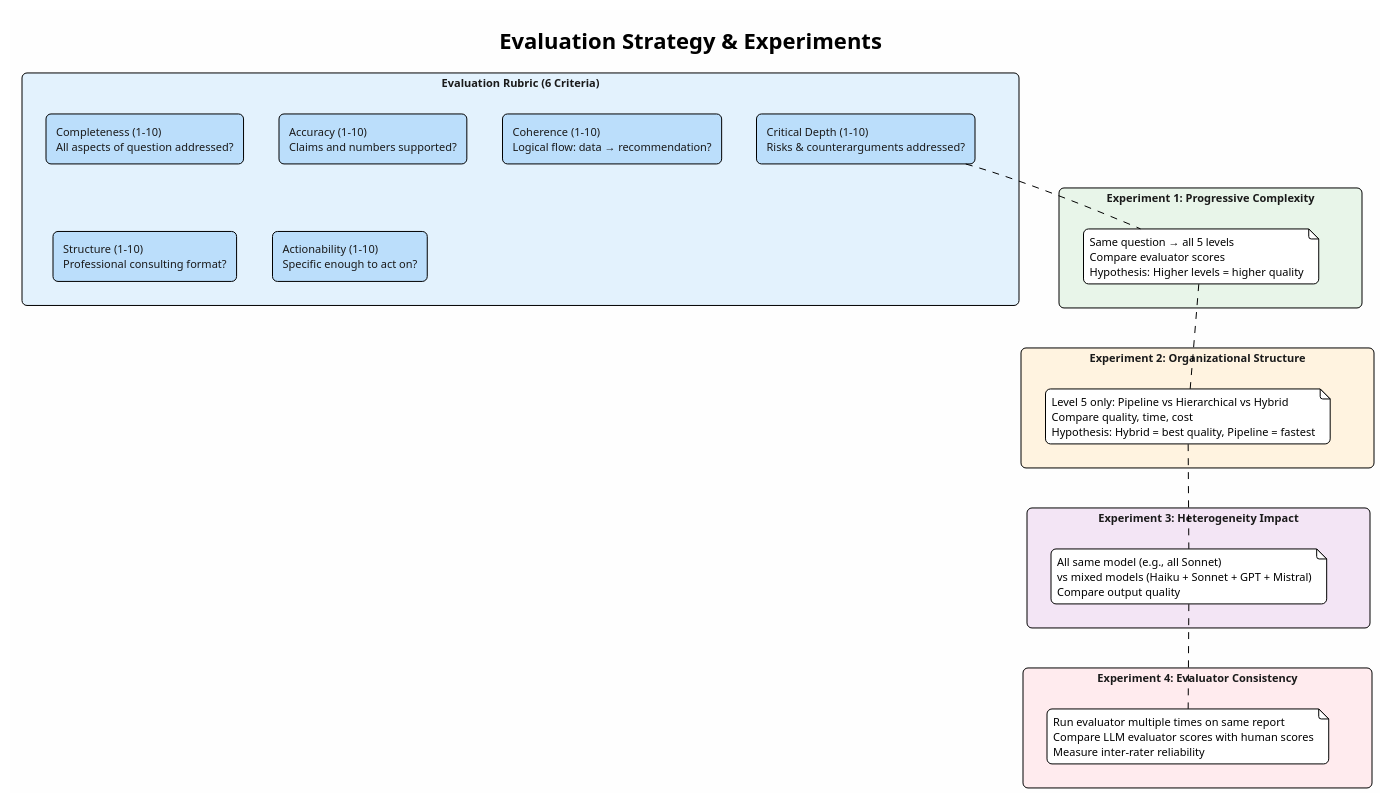
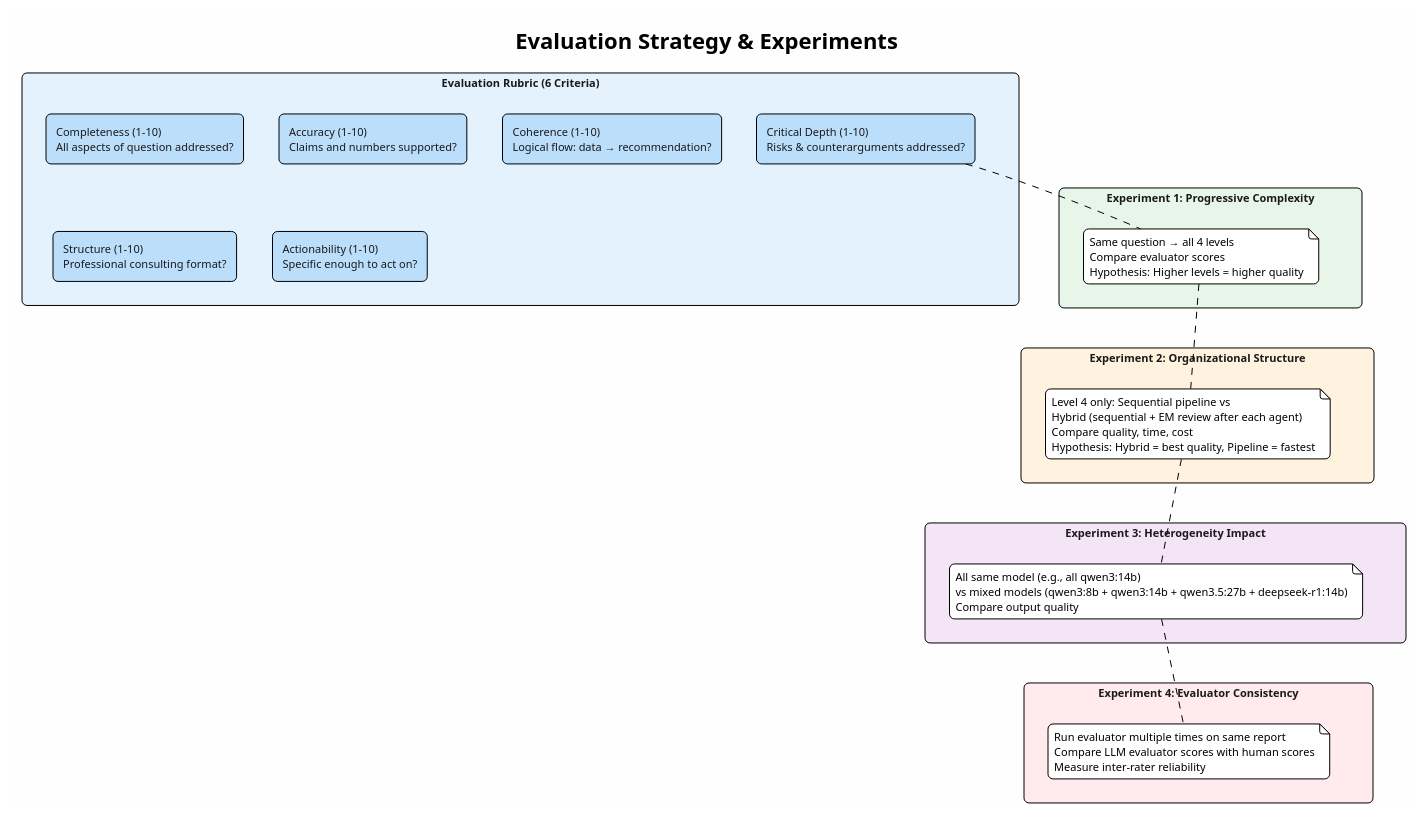
The diagram in Diagrams/evaluation/14_evaluation_strategy.puml (GeorgePetre11/Design-Implementation-and-Monitoring-of-Heterogenous-Agent-Organizations), drawn with PlantUML before and after one commit. The commit also changed 36 other files, not shown here.

```diff
--- a/Diagrams/evaluation/14_evaluation_strategy.puml
+++ b/Diagrams/evaluation/14_evaluation_strategy.puml
@@ -1,61 +1,62 @@
 @startuml evaluation_strategy
 !theme plain
 skinparam backgroundColor #FEFEFE
 skinparam defaultFontName "Segoe UI"
 skinparam defaultFontSize 11
 skinparam shadowing false
 skinparam roundCorner 10
 
 title **Evaluation Strategy & Experiments**
 
 skinparam rectangle {
   FontColor #1A1A1A
 }
 
 rectangle "**Evaluation Rubric (6 Criteria)**" as rubric #E3F2FD {
   rectangle "Completeness (1-10)\nAll aspects of question addressed?" as c1 #BBDEFB
   rectangle "Accuracy (1-10)\nClaims and numbers supported?" as c2 #BBDEFB
   rectangle "Coherence (1-10)\nLogical flow: data → recommendation?" as c3 #BBDEFB
   rectangle "Structure (1-10)\nProfessional consulting format?" as c4 #BBDEFB
   rectangle "Actionability (1-10)\nSpecific enough to act on?" as c5 #BBDEFB
   rectangle "Critical Depth (1-10)\nRisks & counterarguments addressed?" as c6 #BBDEFB
 }
 
 rectangle "**Experiment 1: Progressive Complexity**" as exp1 #E8F5E9 {
   note right
-    Same question → all 5 levels
+    Same question → all 4 levels
     Compare evaluator scores
     Hypothesis: Higher levels = higher quality
   end note
 }
 
 rectangle "**Experiment 2: Organizational Structure**" as exp2 #FFF3E0 {
   note right
-    Level 5 only: Pipeline vs Hierarchical vs Hybrid
+    Level 4 only: Sequential pipeline vs
+    Hybrid (sequential + EM review after each agent)
     Compare quality, time, cost
     Hypothesis: Hybrid = best quality, Pipeline = fastest
   end note
 }
 
 rectangle "**Experiment 3: Heterogeneity Impact**" as exp3 #F3E5F5 {
   note right
-    All same model (e.g., all Sonnet)
-    vs mixed models (Haiku + Sonnet + GPT + Mistral)
+    All same model (e.g., all qwen3:14b)
+    vs mixed models (qwen3:8b + qwen3:14b + qwen3.5:27b + deepseek-r1:14b)
     Compare output quality
   end note
 }
 
 rectangle "**Experiment 4: Evaluator Consistency**" as exp4 #FFEBEE {
   note right
     Run evaluator multiple times on same report
     Compare LLM evaluator scores with human scores
     Measure inter-rater reliability
   end note
 }
 
 rubric -[hidden]down- exp1
 exp1 -[hidden]down- exp2
 exp2 -[hidden]down- exp3
 exp3 -[hidden]down- exp4
 
 @enduml
```
